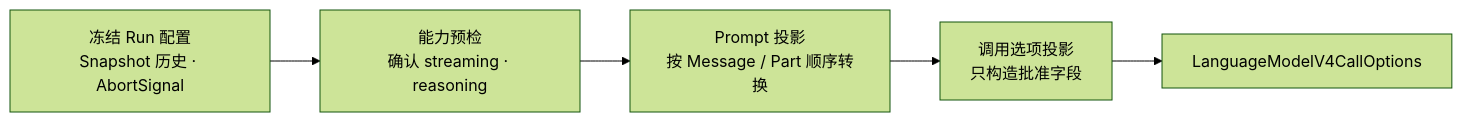
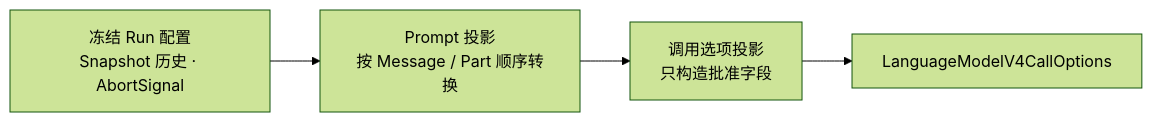
Before and after one commit to gene9831/tiny-robot: the diagram in docs-next/src/concepts/model-call-projection.md, drawn with Mermaid (forest theme). The commit also changed other lines of this file and 49 other files, not shown here.

````diff
--- a/docs-next/src/concepts/model-call-projection.md
+++ b/docs-next/src/concepts/model-call-projection.md
@@ -11,10 +11,9 @@
 ```mermaid
 flowchart LR
   Input["冻结 Run 配置<br/>Snapshot 历史 · AbortSignal"]
-  Check["能力预检<br/>确认 streaming · reasoning"]
   Prompt["Prompt 投影<br/>按 Message / Part 顺序转换"]
   Options["调用选项投影<br/>只构造批准字段"]
   V4["LanguageModelV4CallOptions"]
 
-  Input --> Check --> Prompt --> Options --> V4
+  Input --> Prompt --> Options --> V4
 ```
````
